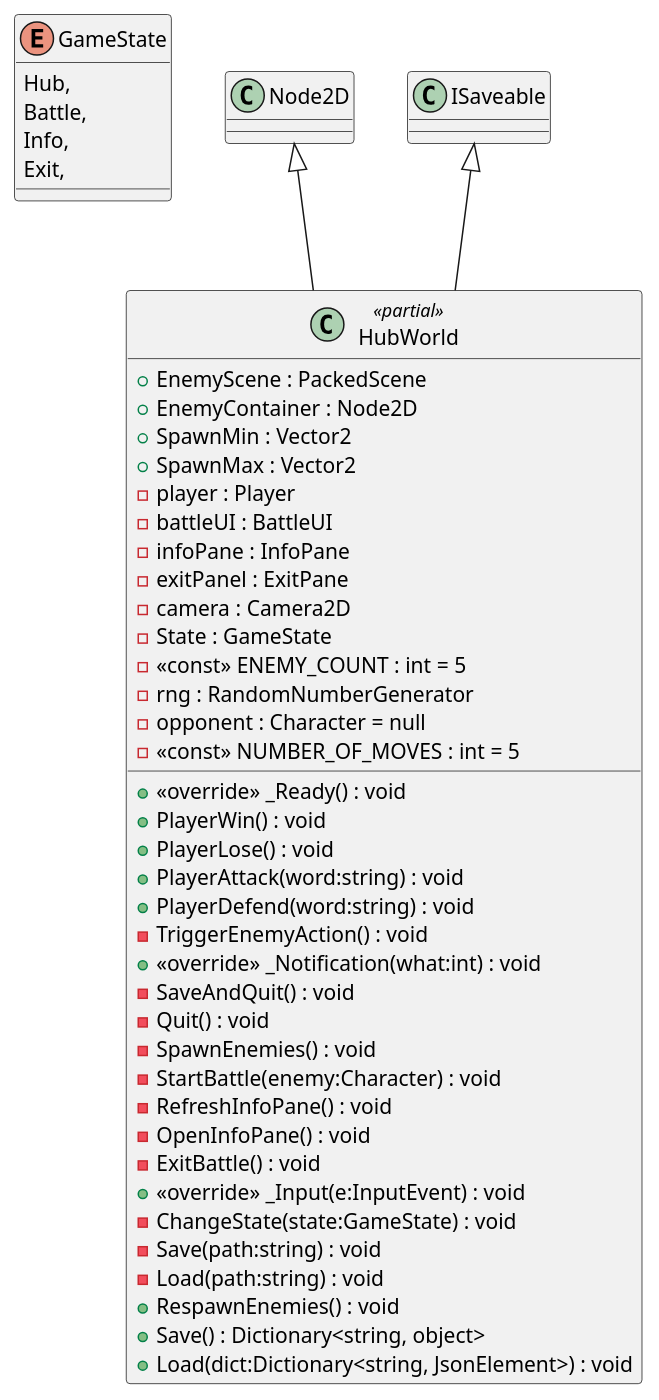
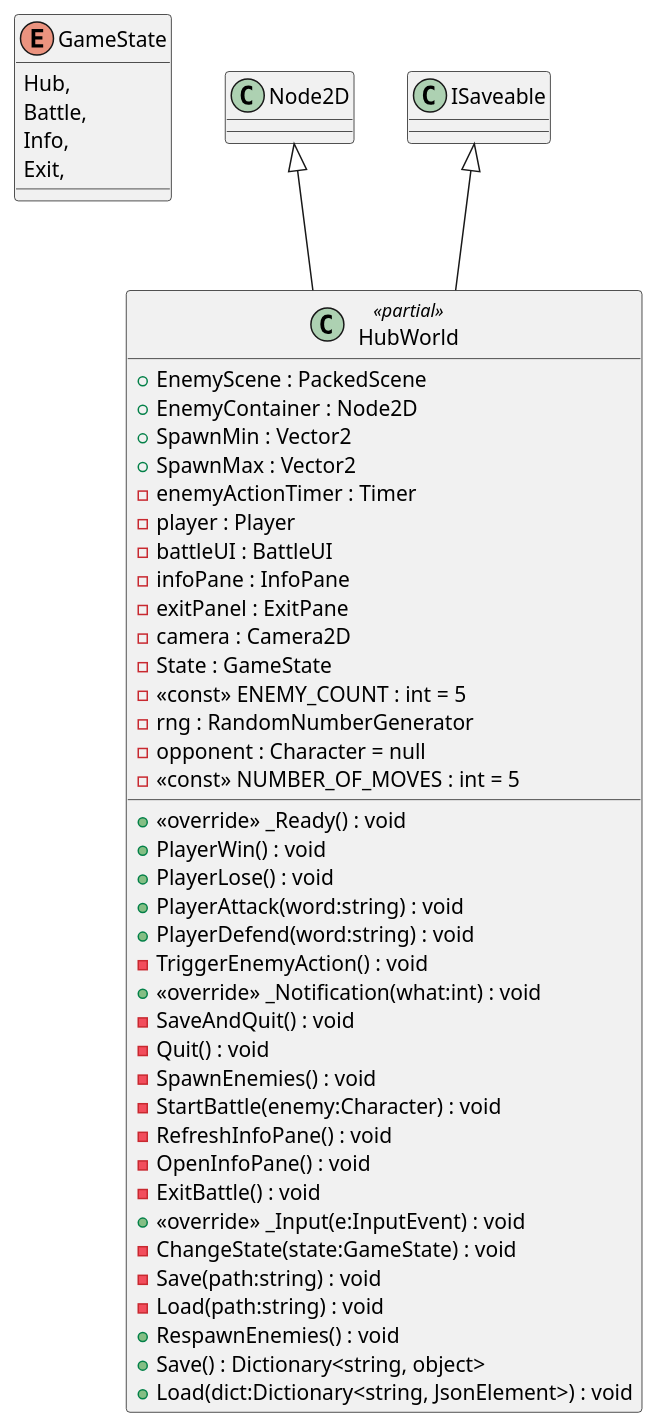
Before and after one commit to Leximon-SWE-2025/Leximon: the diagram in PlantUML/scenes/HubWorld.puml, drawn with PlantUML. The commit also changed 4 other files, not shown here.

Commit message:
update class diagram

```diff
--- a/PlantUML/scenes/HubWorld.puml
+++ b/PlantUML/scenes/HubWorld.puml
@@ -1,47 +1,48 @@
 @startuml
 enum GameState {
     Hub,
     Battle,
     Info,
     Exit,
 }
 class HubWorld <<partial>> {
     + EnemyScene : PackedScene
     + EnemyContainer : Node2D
     + SpawnMin : Vector2
     + SpawnMax : Vector2
+    - enemyActionTimer : Timer
     - player : Player
     - battleUI : BattleUI
     - infoPane : InfoPane
     - exitPanel : ExitPane
     - camera : Camera2D
     - State : GameState
     - <<const>> ENEMY_COUNT : int = 5
     - rng : RandomNumberGenerator
     - opponent : Character = null
     - <<const>> NUMBER_OF_MOVES : int = 5
     + <<override>> _Ready() : void
     + PlayerWin() : void
     + PlayerLose() : void
     + PlayerAttack(word:string) : void
     + PlayerDefend(word:string) : void
     - TriggerEnemyAction() : void
     + <<override>> _Notification(what:int) : void
     - SaveAndQuit() : void
     - Quit() : void
     - SpawnEnemies() : void
     - StartBattle(enemy:Character) : void
     - RefreshInfoPane() : void
     - OpenInfoPane() : void
     - ExitBattle() : void
     + <<override>> _Input(e:InputEvent) : void
     - ChangeState(state:GameState) : void
     - Save(path:string) : void
     - Load(path:string) : void
     + RespawnEnemies() : void
     + Save() : Dictionary<string, object>
     + Load(dict:Dictionary<string, JsonElement>) : void
 }
 Node2D <|-- HubWorld
 ISaveable <|-- HubWorld
 @enduml
```
